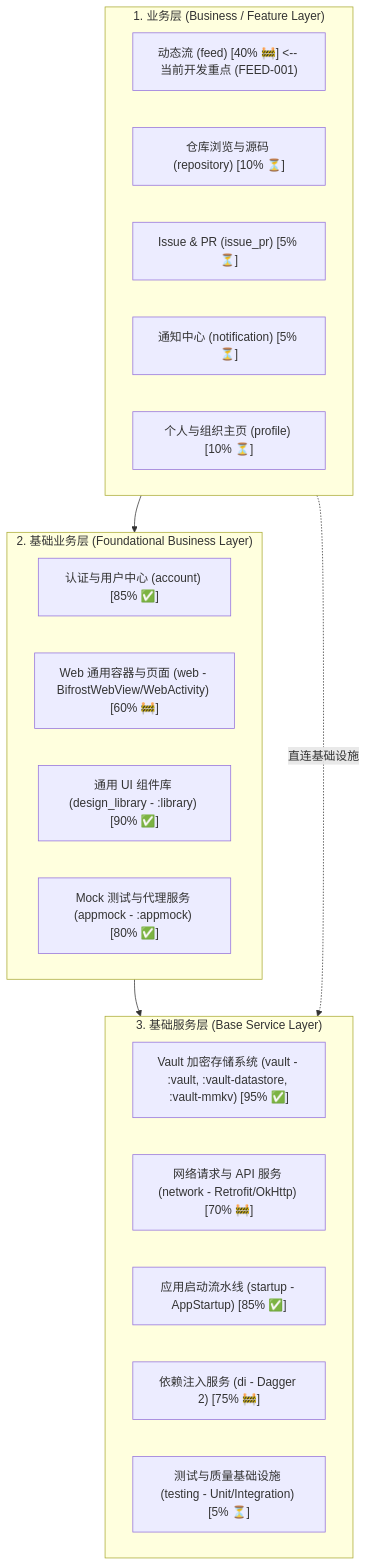
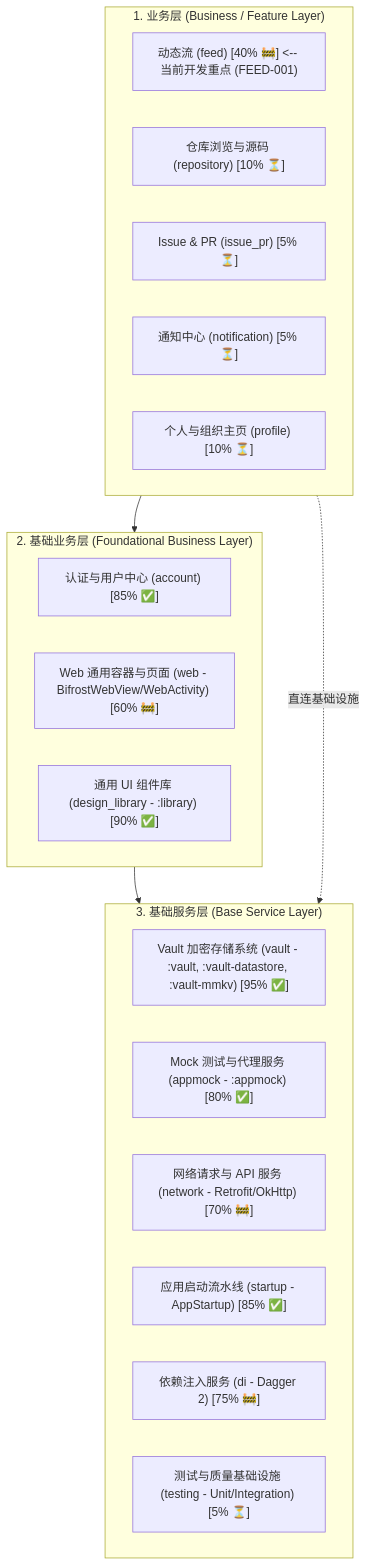
One commit to konokol/GitHub changed the diagram in docs/overview.md. Above: the diagram before and after it, drawn with Mermaid. The commit also changed other lines of this file and 7 other files, not shown here.

````diff
--- a/docs/overview.md
+++ b/docs/overview.md
@@ -17,30 +17,30 @@
 ```mermaid
 graph TD
     subgraph L1["1. 业务层 (Business / Feature Layer)"]
         A_FEED["动态流 (feed) [40% 🚧] <-- 当前开发重点 (FEED-001)"]
         A_REPO["仓库浏览与源码 (repository) [10% ⏳]"]
         A_ISSUE["Issue & PR (issue_pr) [5% ⏳]"]
         A_NOTIF["通知中心 (notification) [5% ⏳]"]
         A_PROF["个人与组织主页 (profile) [10% ⏳]"]
     end
 
     subgraph L2["2. 基础业务层 (Foundational Business Layer)"]
         B_ACCOUNT["认证与用户中心 (account) [85% ✅]"]
         B_WEB["Web 通用容器与页面 (web - BifrostWebView/WebActivity) [60% 🚧]"]
         B_DESIGN["通用 UI 组件库 (design_library - :library) [90% ✅]"]
-        B_MOCK["Mock 测试与代理服务 (appmock - :appmock) [80% ✅]"]
     end
 
     subgraph L3["3. 基础服务层 (Base Service Layer)"]
         S_VAULT["Vault 加密存储系统 (vault - :vault, :vault-datastore, :vault-mmkv) [95% ✅]"]
+        S_MOCK["Mock 测试与代理服务 (appmock - :appmock) [80% ✅]"]
         S_NET["网络请求与 API 服务 (network - Retrofit/OkHttp) [70% 🚧]"]
         S_STARTUP["应用启动流水线 (startup - AppStartup) [85% ✅]"]
         S_DI["依赖注入服务 (di - Dagger 2) [75% 🚧]"]
         S_TEST["测试与质量基础设施 (testing - Unit/Integration) [5% ⏳]"]
     end
 
     %% 单向依赖关系
     L1 --> L2
     L2 --> L3
     L1 -. 直连基础设施 .-> L3
 ```
````
